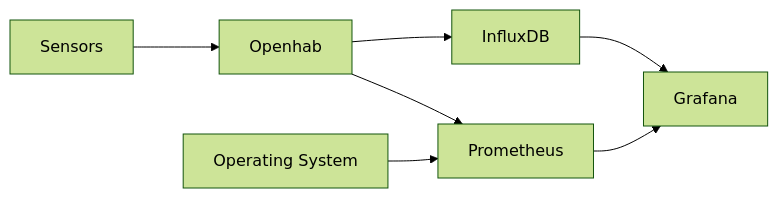
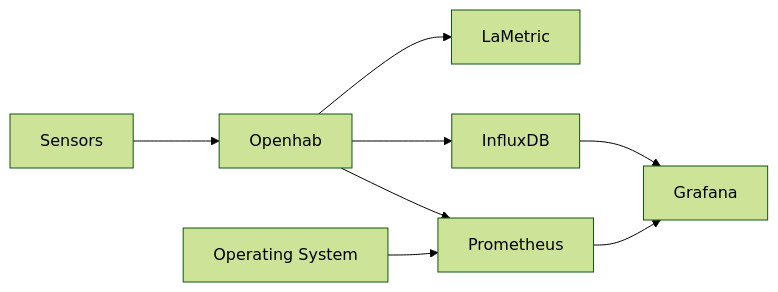
One commit to hoinmic/pv_openhab changed the second of 2 diagrams in README.md. Above: the diagram before and after it, drawn with Mermaid (forest theme). The commit also changed other lines of this file and 2 other files, not shown here.

````diff
--- a/README.md
+++ b/README.md
@@ -161,16 +161,18 @@
 ```mermaid
 graph LR
 Sensors[Sensors]
 Openhab[Openhab]
 InfluxDB[InfluxDB]
 Prometheus[Prometheus]
 OS[Operating System]
 Grafana[Grafana]
+LaMetric[LaMetric]
 
 Sensors --> Openhab
+Openhab --> LaMetric
 Openhab --> InfluxDB
 Openhab --> Prometheus
 OS --> Prometheus
 Prometheus --> Grafana
 InfluxDB --> Grafana
 ```
````
